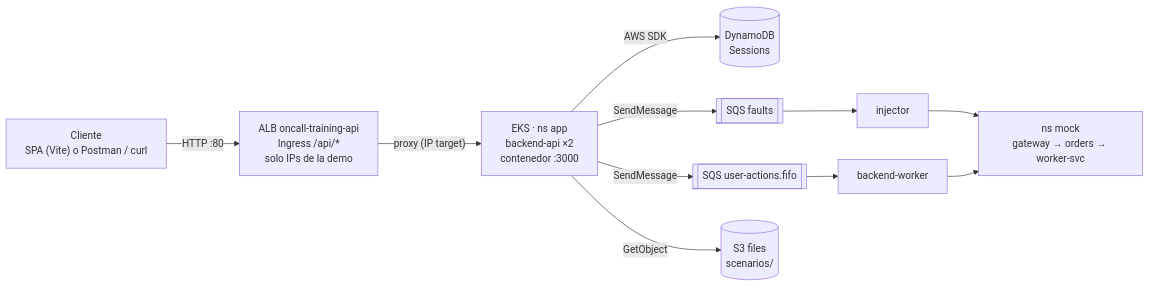
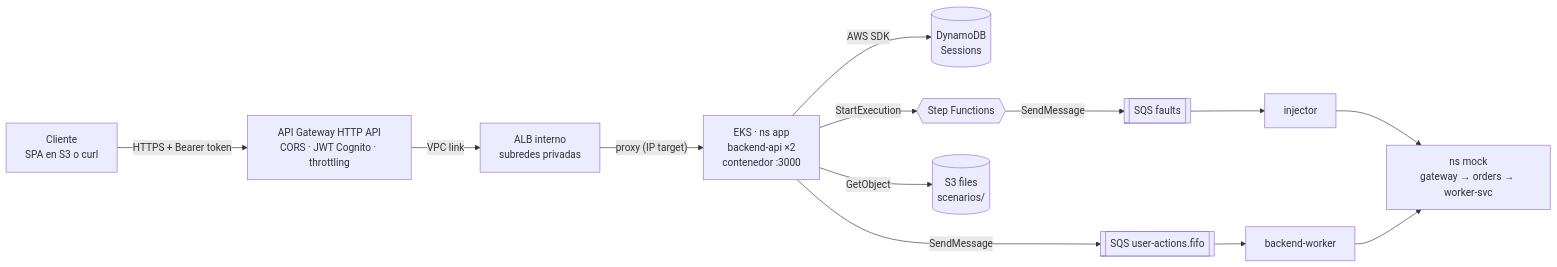
One commit to Pardosito/oncall-training-infra changed the diagram in docs/api.md. Above: the diagram before and after it, drawn with Mermaid. The commit also changed other lines of this file and 13 other files, not shown here.

First line of the commit message:
docs: CloudFront and Glue/Athena dropped, API Gateway added (D-37) (#162)

````diff
--- a/docs/api.md
+++ b/docs/api.md
@@ -10,11 +10,13 @@
 ```mermaid
 flowchart LR
-    C["Cliente<br/>SPA (Vite) o Postman / curl"] -- HTTP :80 --> ALB["ALB oncall-training-api<br/>Ingress /api/*<br/>solo IPs de la demo"]
+    C["Cliente<br/>SPA en S3 o curl"] -- "HTTPS + Bearer token" --> GW["API Gateway HTTP API<br/>CORS · JWT Cognito · throttling"]
+    GW -- "VPC link" --> ALB["ALB interno<br/>subredes privadas"]
     ALB -- "proxy (IP target)" --> API["EKS · ns app<br/>backend-api ×2<br/>contenedor :3000"]
     API -- AWS SDK --> DDB[(DynamoDB<br/>Sessions)]
-    API -- SendMessage --> FQ[[SQS faults]]
+    API -- StartExecution --> SFN{{Step Functions}}
+    SFN -- SendMessage --> FQ[[SQS faults]]
     API -- SendMessage --> UQ[[SQS user-actions.fifo]]
     API -- GetObject --> S3[(S3 files<br/>scenarios/)]
     FQ --> INJ["injector"] --> MOCK["ns mock<br/>gateway → orders → worker-svc"]
     UQ --> W["backend-worker"] --> MOCK
 ```
````
